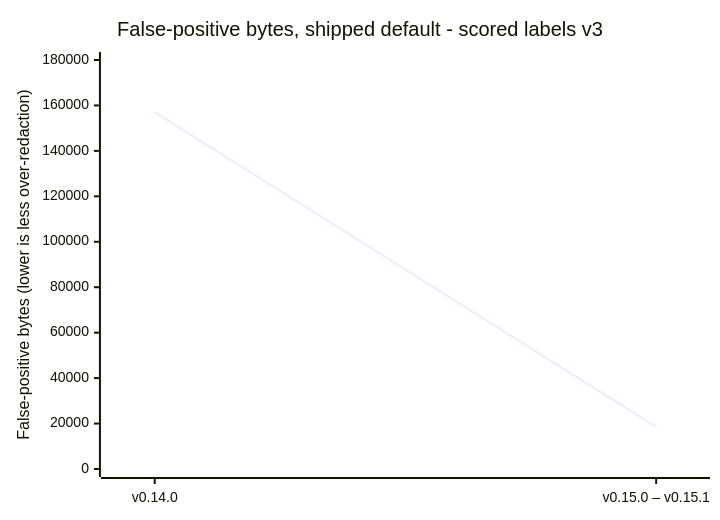
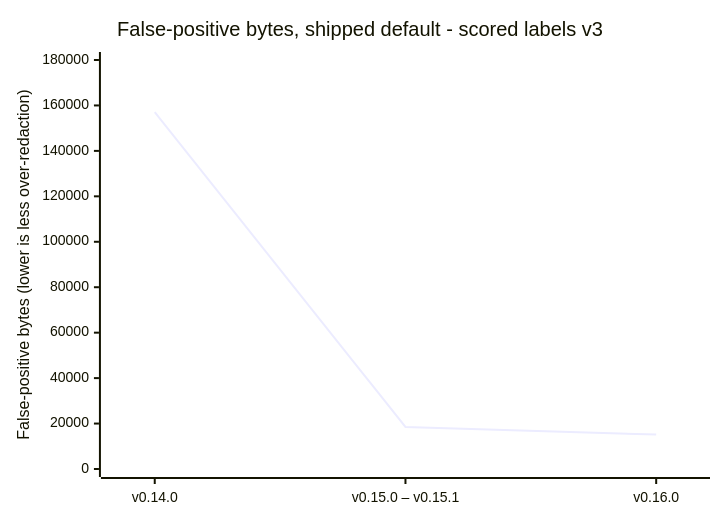
The third of 9 diagrams in docs/reference/benchmarks/README.md (CertaMesh/gaze), drawn with Mermaid before and after one commit. The commit also changed other lines of this file and 7 other files, not shown here.

````diff
--- a/docs/reference/benchmarks/README.md
+++ b/docs/reference/benchmarks/README.md
@@ -474,7 +474,7 @@
 ```mermaid
 xychart-beta
     title "False-positive bytes, shipped default - scored labels v3"
-    x-axis ["v0.14.0", "v0.15.0 – v0.15.1"]
+    x-axis ["v0.14.0", "v0.15.0 – v0.15.1", "v0.16.0"]
     y-axis "False-positive bytes (lower is less over-redaction)" 0 --> 180000
-    line [157048, 18488]
+    line [157048, 18488, 15141]
 ```
````
